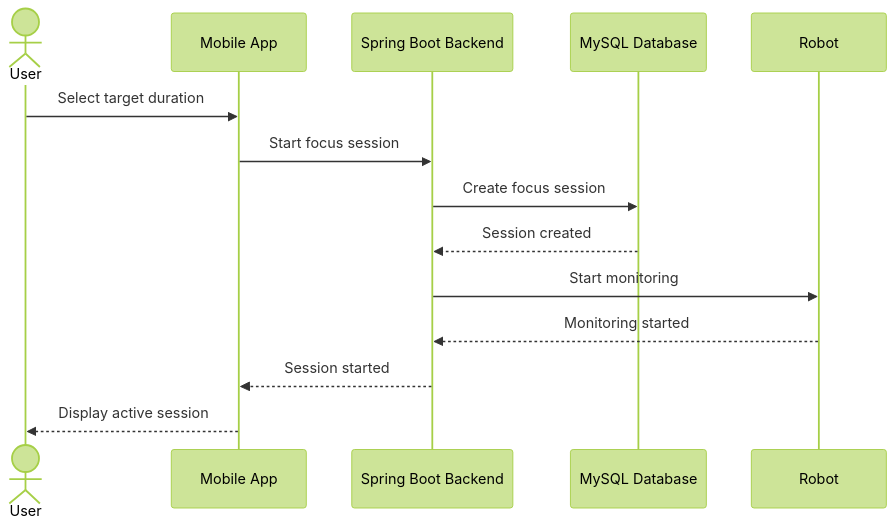
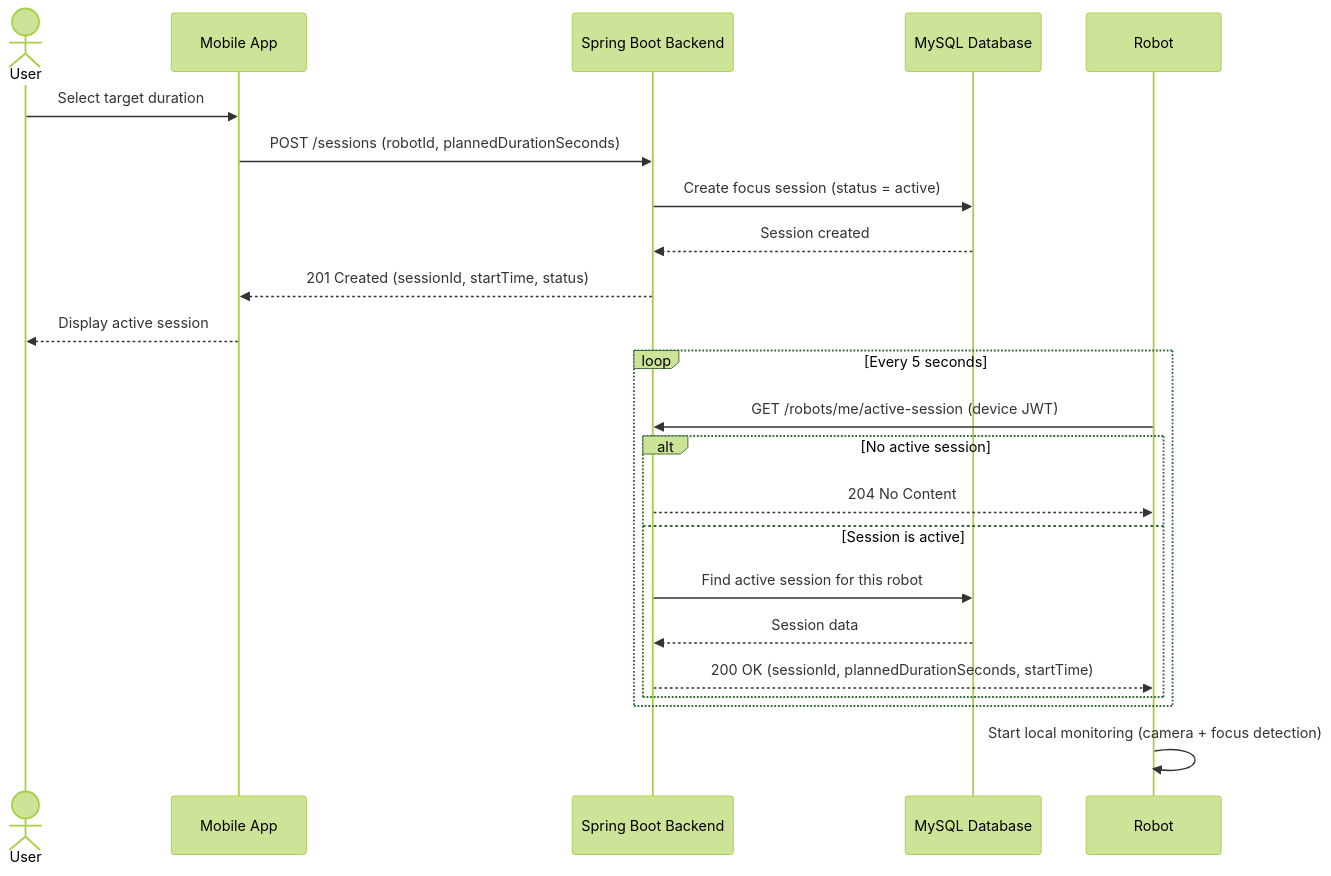
One commit to ghaid999/Kaboom changed the fourth of 6 diagrams in Technical Documentation (Stage 3)/README.md. Above: the diagram before and after it, drawn with Mermaid (forest theme).

````diff
--- a/Technical Documentation (Stage 3)/README.md
+++ b/Technical Documentation (Stage 3)/README.md
@@ -617,17 +617,28 @@
 ```mermaid
 sequenceDiagram
     actor User
     participant App as Mobile App
     participant Backend as Spring Boot Backend
     participant DB as MySQL Database
     participant Robot as Robot
- 
+
     User->>App: Select target duration
-    App->>Backend: Start focus session
-    Backend->>DB: Create focus session
+    App->>Backend: POST /sessions (robotId, plannedDurationSeconds)
+    Backend->>DB: Create focus session (status = active)
     DB-->>Backend: Session created
-    Backend->>Robot: Start monitoring
-    Robot-->>Backend: Monitoring started
-    Backend-->>App: Session started
+    Backend-->>App: 201 Created (sessionId, startTime, status)
     App-->>User: Display active session
+
+    loop Every 5 seconds
+        Robot->>Backend: GET /robots/me/active-session (device JWT)
+        alt No active session
+            Backend-->>Robot: 204 No Content
+        else Session is active
+            Backend->>DB: Find active session for this robot
+            DB-->>Backend: Session data
+            Backend-->>Robot: 200 OK (sessionId, plannedDurationSeconds, startTime)
+        end
+    end
+
+    Robot->>Robot: Start local monitoring (camera + focus detection)
 ```
````
